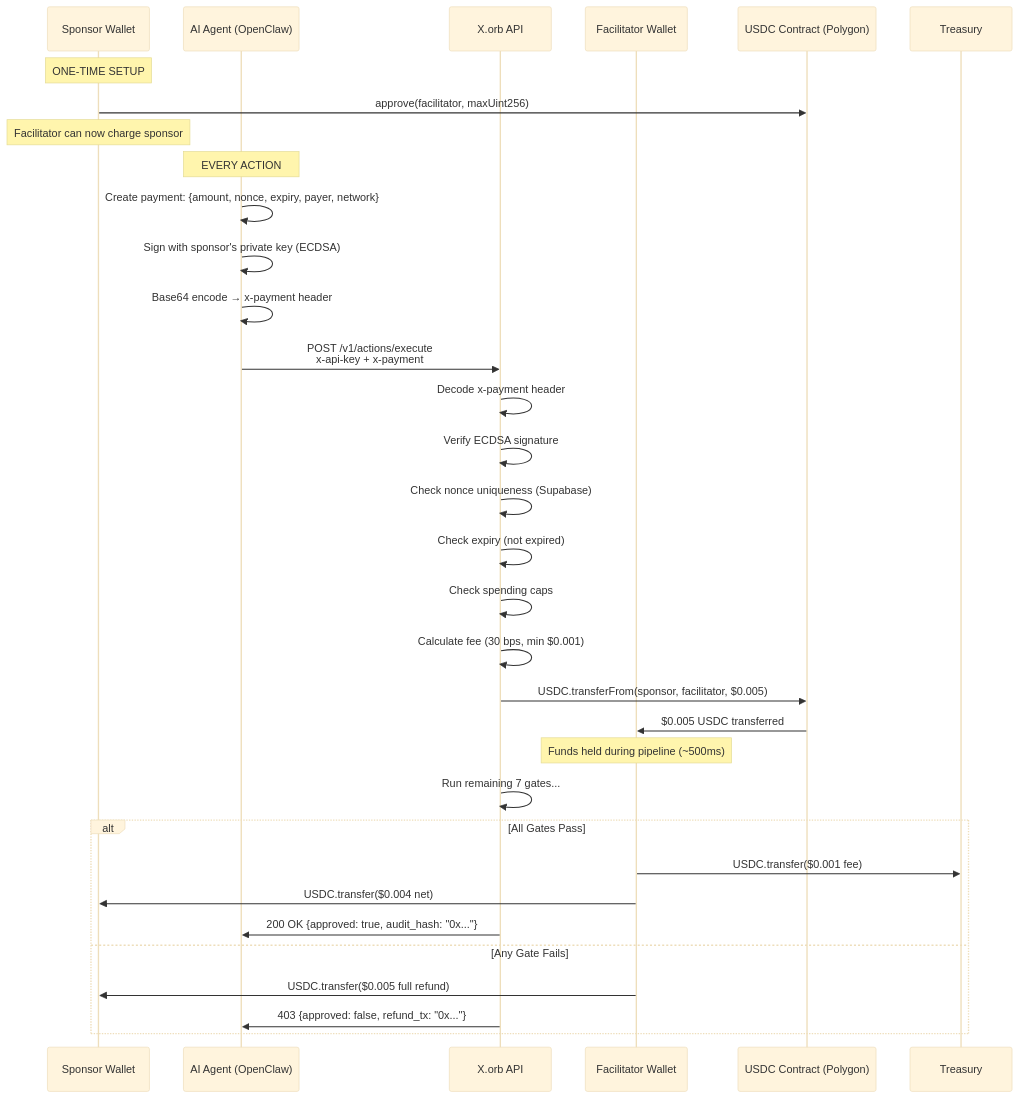
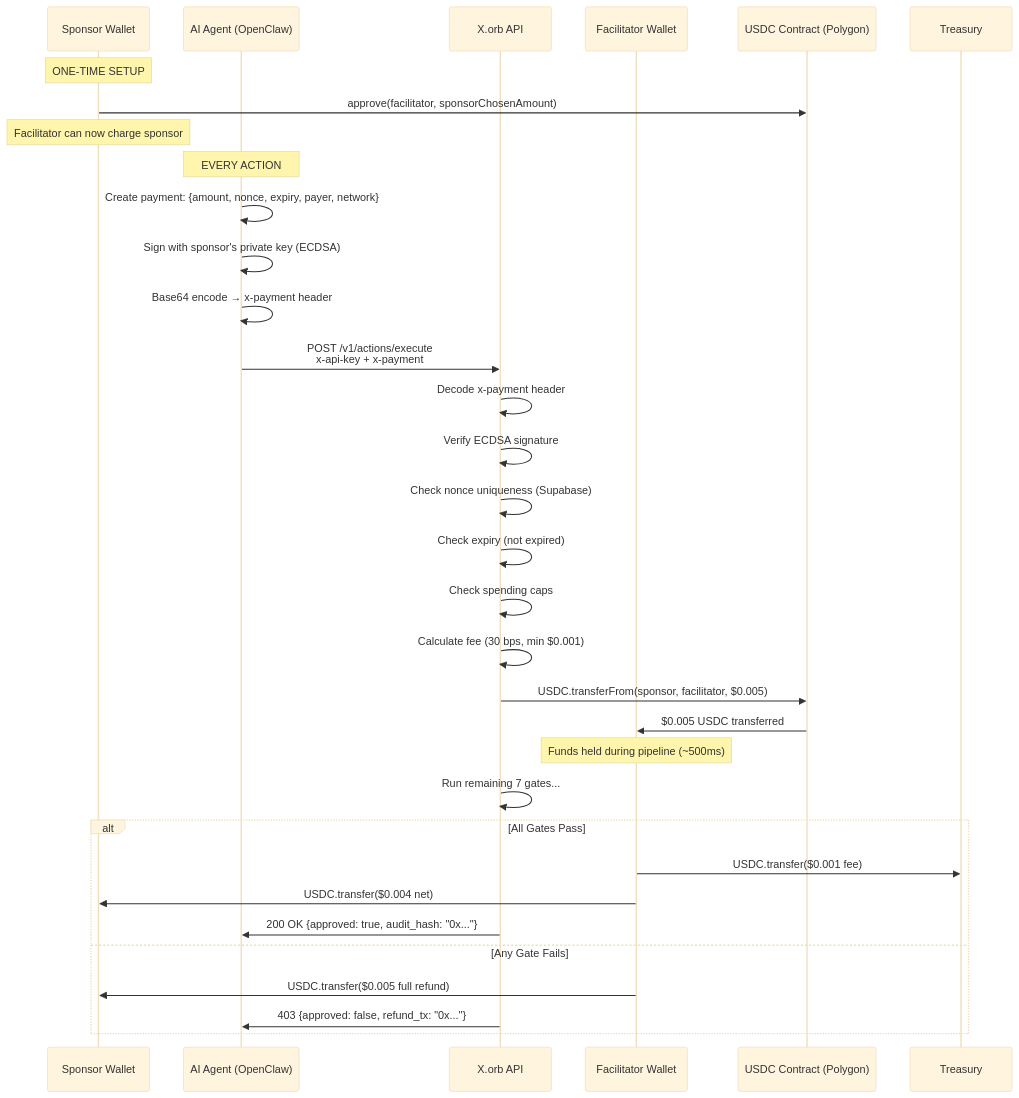
Before and after one commit to bidurkhatri/X.orb: the second of 4 diagrams in docs/x402-agent-journey.md, drawn with Mermaid (base theme). The commit also changed other lines of this file and 7 other files, not shown here.

````diff
--- a/docs/x402-agent-journey.md
+++ b/docs/x402-agent-journey.md
@@ -769,42 +769,42 @@
 ```mermaid
 sequenceDiagram
     participant S as Sponsor Wallet
     participant A as AI Agent (OpenClaw)
     participant X as X.orb API
     participant F as Facilitator Wallet
     participant U as USDC Contract (Polygon)
     participant T as Treasury
 
     Note over S: ONE-TIME SETUP
-    S->>U: approve(facilitator, maxUint256)
+    S->>U: approve(facilitator, sponsorChosenAmount)
     Note over S: Facilitator can now charge sponsor
 
     Note over A: EVERY ACTION
     A->>A: Create payment: {amount, nonce, expiry, payer, network}
     A->>A: Sign with sponsor's private key (ECDSA)
     A->>A: Base64 encode → x-payment header
 
     A->>X: POST /v1/actions/execute<br/>x-api-key + x-payment
 
     X->>X: Decode x-payment header
     X->>X: Verify ECDSA signature
     X->>X: Check nonce uniqueness (Supabase)
     X->>X: Check expiry (not expired)
     X->>X: Check spending caps
     X->>X: Calculate fee (30 bps, min $0.001)
 
     X->>U: USDC.transferFrom(sponsor, facilitator, $0.005)
     U->>F: $0.005 USDC transferred
     Note over F: Funds held during pipeline (~500ms)
 
     X->>X: Run remaining 7 gates...
 
     alt All Gates Pass
         F->>T: USDC.transfer($0.001 fee)
         F->>S: USDC.transfer($0.004 net)
         X->>A: 200 OK {approved: true, audit_hash: "0x..."}
     else Any Gate Fails
         F->>S: USDC.transfer($0.005 full refund)
         X->>A: 403 {approved: false, refund_tx: "0x..."}
     end
 ```
````
